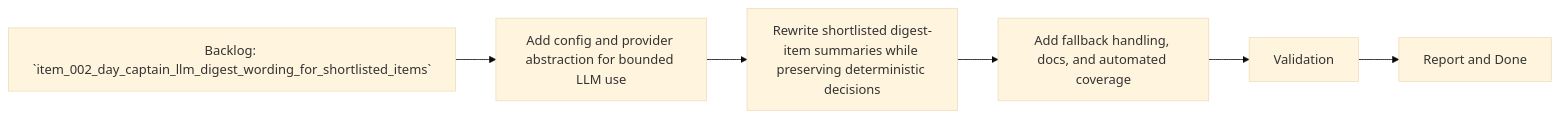
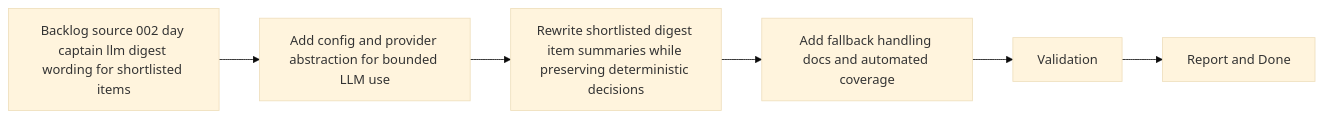
Before and after one commit to AlexAgo83/day-captain: the diagram in logics/tasks/task_005_day_captain_llm_digest_wording_for_shortlisted_items.md, drawn with Mermaid (base theme). The commit also changed 40 other files, not shown here.

Commit message:
Normalize Logics Mermaid diagrams

````diff
--- a/logics/tasks/task_005_day_captain_llm_digest_wording_for_shortlisted_items.md
+++ b/logics/tasks/task_005_day_captain_llm_digest_wording_for_shortlisted_items.md
@@ -18,8 +18,8 @@
 ```mermaid
 flowchart LR
-    Backlog[Backlog: `item_002_day_captain_llm_digest_wording_for_shortlisted_items`] --> Step1[Add config and provider abstraction for bounded LLM use]
-    Step1 --> Step2[Rewrite shortlisted digest-item summaries while preserving deterministic decisions]
-    Step2 --> Step3[Add fallback handling, docs, and automated coverage]
+    Backlog[Backlog source 002 day captain llm digest wording for shortlisted items] --> Step1[Add config and provider abstraction for bounded LLM use]
+    Step1 --> Step2[Rewrite shortlisted digest item summaries while preserving deterministic decisions]
+    Step2 --> Step3[Add fallback handling docs and automated coverage]
     Step3 --> Validation[Validation]
     Validation --> Report[Report and Done]
 ```
````
